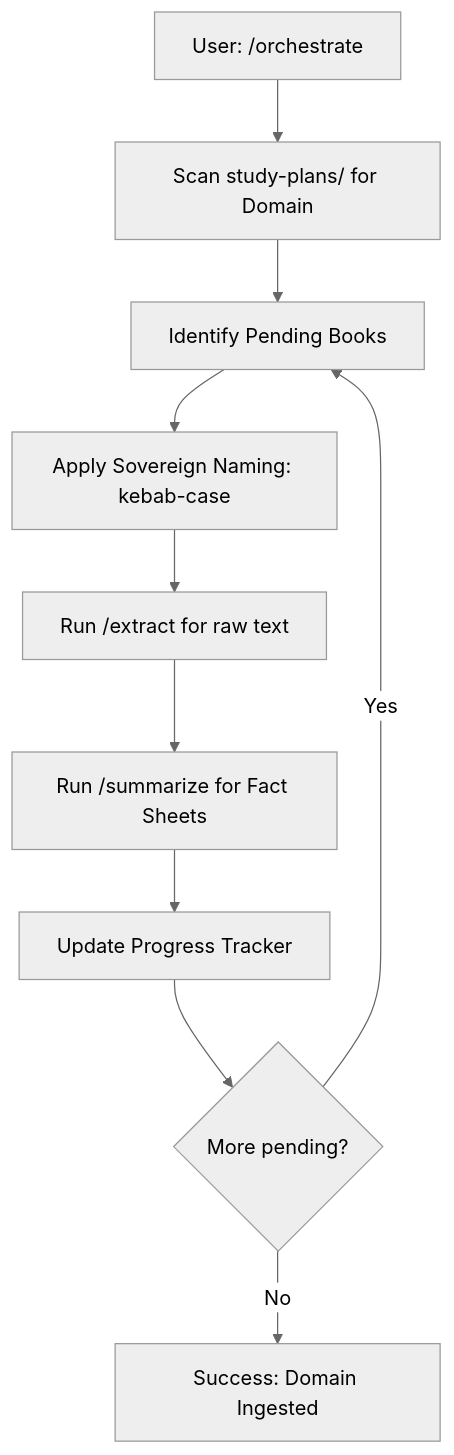
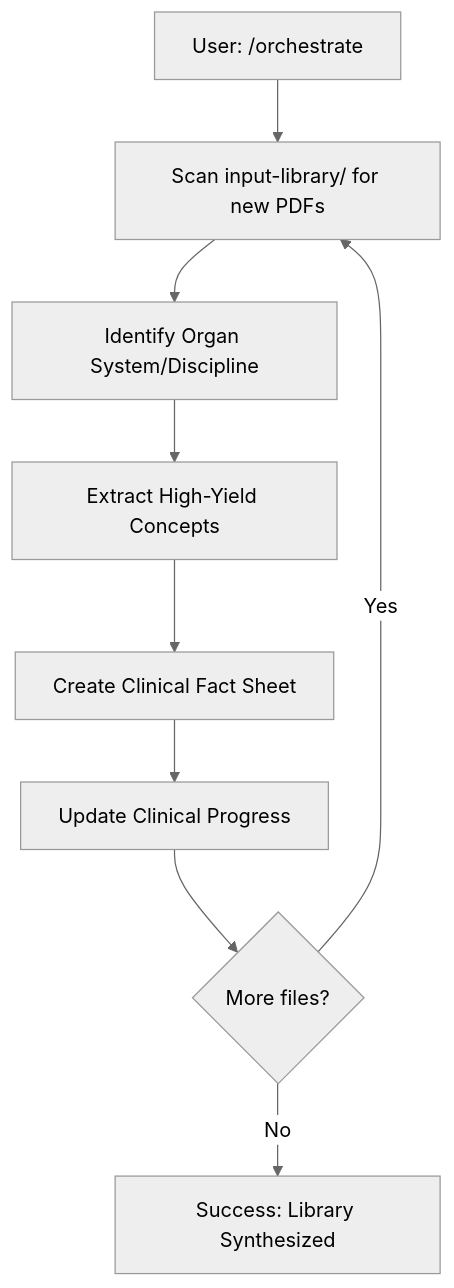
Before and after one commit to Gomaa-foundation/Learning_medical: the second of 3 diagrams in docs/COMMAND_ATLAS.md, drawn with Mermaid (neutral theme). The commit also changed other lines of this file and 11 other files, not shown here.

````diff
--- a/docs/COMMAND_ATLAS.md
+++ b/docs/COMMAND_ATLAS.md
@@ -47,12 +47,11 @@
 ```mermaid
 flowchart TD
-    Start[User: /orchestrate] --> Scan[Scan study-plans/ for Domain]
-    Scan --> Find[Identify Pending Books]
-    Find --> Rename[Apply Sovereign Naming: kebab-case]
-    Rename --> Extract[Run /extract for raw text]
-    Extract --> Distill[Run /summarize for Fact Sheets]
-    Distill --> Map[Update Progress Tracker]
-    Map --> Repeat{More pending?}
-    Repeat -- Yes --> Find
-    Repeat -- No --> End[Success: Domain Ingested]
+    Start[User: /orchestrate] --> Scan[Scan input-library/ for new PDFs]
+    Scan --> Identify[Identify Organ System/Discipline]
+    Identify --> Extract[Extract High-Yield Concepts]
+    Extract --> Summarize[Create Clinical Fact Sheet]
+    Summarize --> Track[Update Clinical Progress]
+    Track --> Repeat{More files?}
+    Repeat -- Yes --> Scan
+    Repeat -- No --> End[Success: Library Synthesized]
 ```
````
